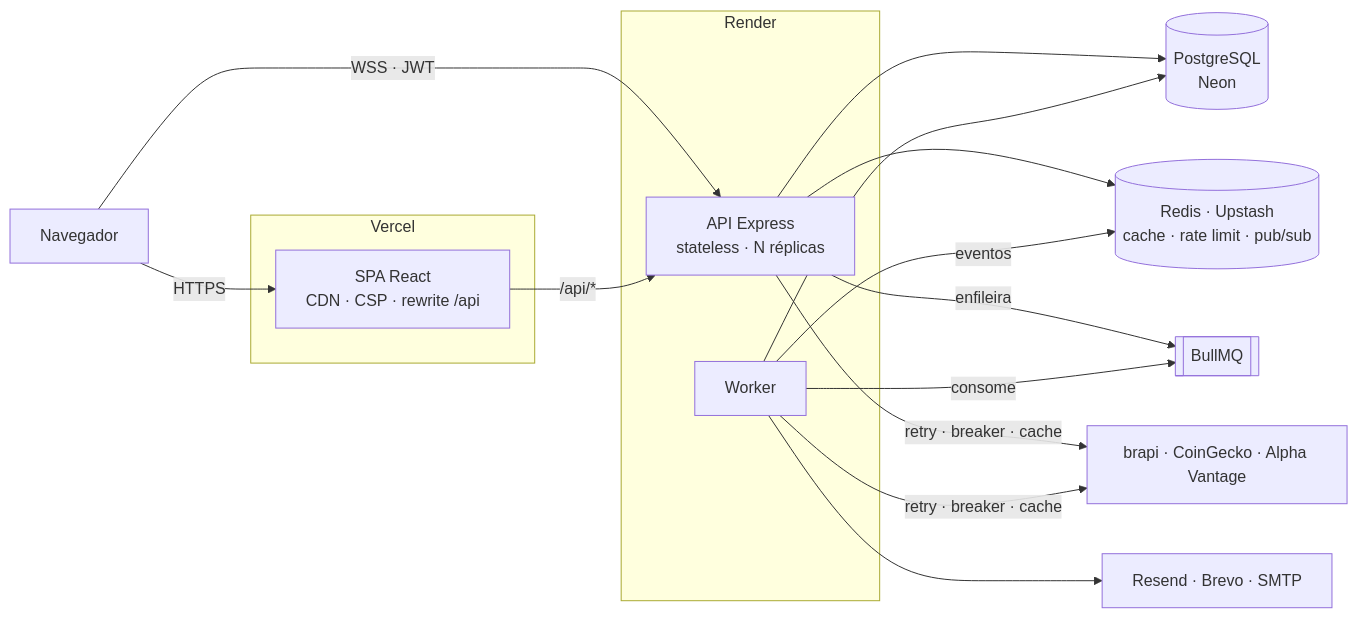
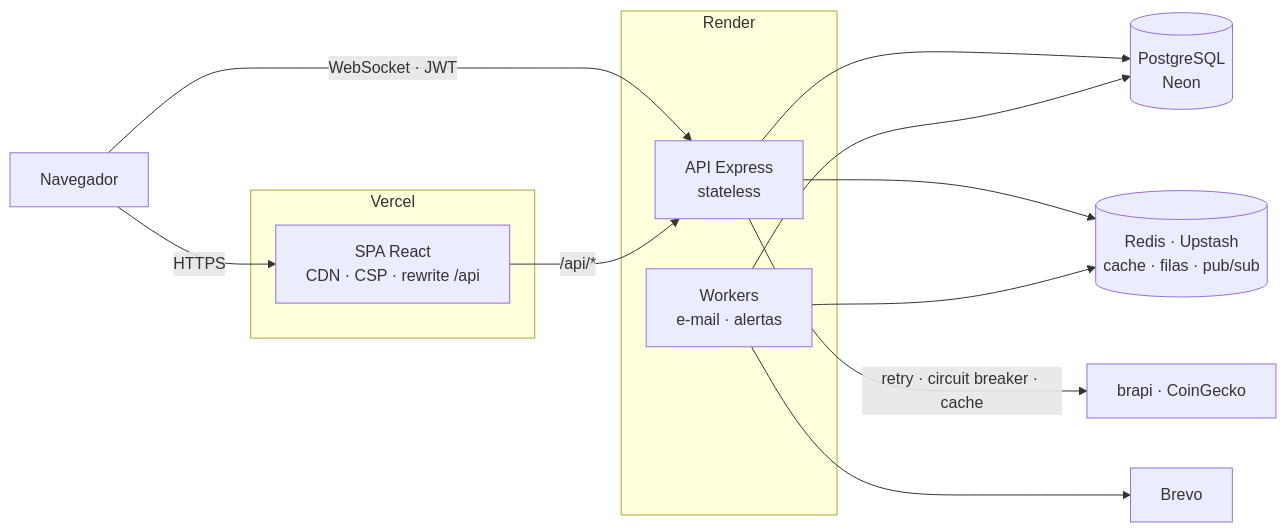
Before and after one commit to agnaldoteixeira338-code/turbo-mais: the diagram in README.md, drawn with Mermaid. The commit also changed other lines of this file, not shown here.

````diff
--- a/README.md
+++ b/README.md
@@ -80,21 +79,19 @@
 ```mermaid
 flowchart LR
   subgraph Vercel
     N[SPA React<br/>CDN · CSP · rewrite /api]
   end
   subgraph Render
-    API[API Express<br/>stateless · N réplicas]
-    W[Worker]
+    API[API Express<br/>stateless]
+    W[Workers<br/>e-mail · alertas]
   end
   U[Navegador] -- HTTPS --> N
-  U -- WSS · JWT --> API
+  U -- WebSocket · JWT --> API
   N -- /api/* --> API
   API --> PG[(PostgreSQL<br/>Neon)]
-  API --> R[(Redis · Upstash<br/>cache · rate limit · pub/sub)]
-  API -- enfileira --> Q[[BullMQ]]
-  W -- consome --> Q
+  API --> R[(Redis · Upstash<br/>cache · filas · pub/sub)]
+  W --> R
   W --> PG
-  W -- eventos --> R
-  W --> MAIL[Resend · Brevo · SMTP]
-  API & W -- retry · breaker · cache --> EXT[brapi · CoinGecko · Alpha Vantage]
+  W --> MAIL[Brevo]
+  API -- retry · circuit breaker · cache --> EXT[brapi · CoinGecko]
 ```
````
